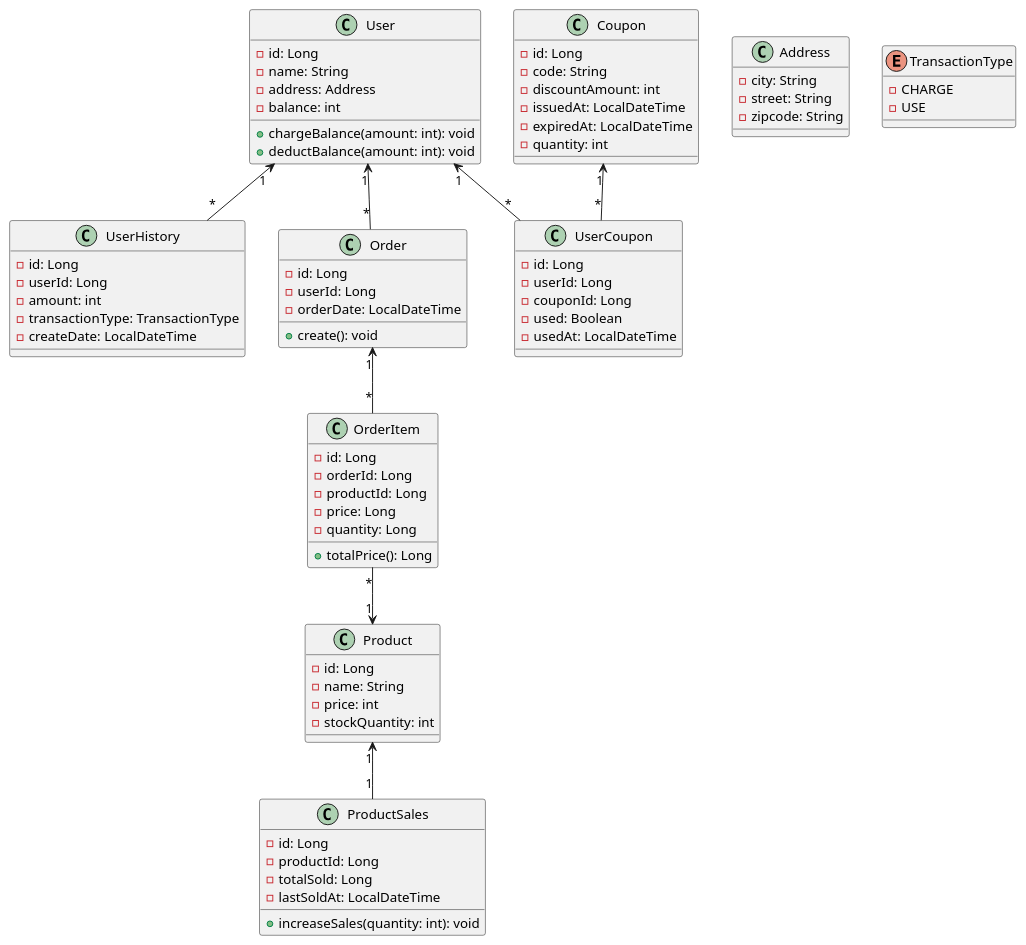
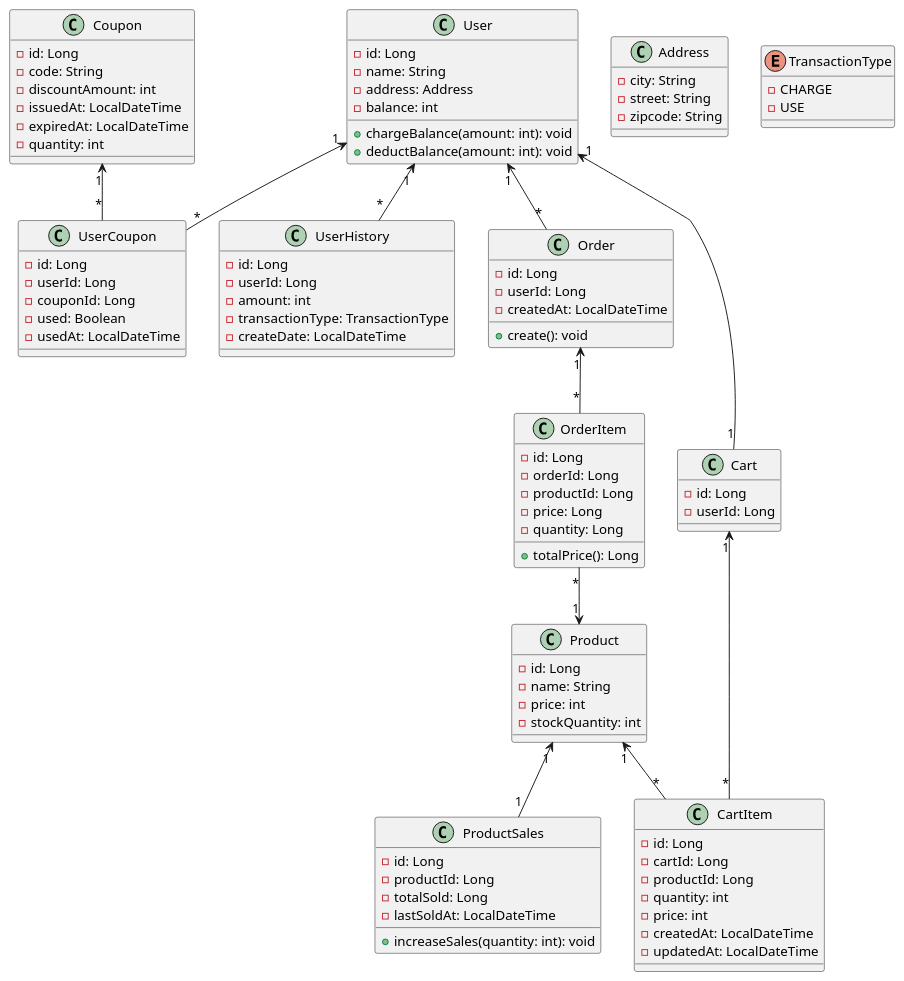
The diagram in docs/erd/erd.puml (honge7694/hdd-server-java), drawn with PlantUML before and after one commit.

Commit message:
ERD 4차 커밋 - Cart, CartItem 추가

```diff
--- a/docs/erd/erd.puml
+++ b/docs/erd/erd.puml
@@ -1,92 +1,110 @@
 @startuml
 
 class User {
     - id: Long
     - name: String
     - address: Address
     - balance: int
     + chargeBalance(amount: int): void
     + deductBalance(amount: int): void
 }
 
 class UserHistory {
     - id: Long
     - userId: Long
     - amount: int
     - transactionType: TransactionType
     - createDate: LocalDateTime
 }
 
 class Address {
     - city: String
     - street: String
     - zipcode: String
 }
 
 enum TransactionType {
     - CHARGE
     - USE
 }
 
 class Coupon {
     - id: Long
     - code: String
     - discountAmount: int
     - issuedAt: LocalDateTime
     - expiredAt: LocalDateTime
     - quantity: int
 }
 
 class UserCoupon {
     - id: Long
     - userId: Long
     - couponId: Long
     - used: Boolean
     - usedAt: LocalDateTime
 }
 
 class Order {
     - id: Long
     - userId: Long
-    - orderDate: LocalDateTime
+    - createdAt: LocalDateTime
     + create(): void
 }
 
 class OrderItem {
     - id: Long
     - orderId: Long
     - productId: Long
     - price: Long
     - quantity: Long
     + totalPrice(): Long
 }
 
 class Product {
     - id: Long
     - name: String
     - price: int
     - stockQuantity: int
 '    - totalSold: int
 '    + increaseSoldCount(quantity: int): void
 }
 
 ' 판매량을 조회를 위해 분리
 class ProductSales {
     - id: Long
     - productId: Long
     - totalSold: Long
     - lastSoldAt: LocalDateTime
     + increaseSales(quantity: int): void
 }
 
+class Cart {
+    - id: Long
+    - userId: Long
+}
+
+class CartItem {
+    - id: Long
+    - cartId: Long
+    - productId: Long
+    - quantity: int
+    - price: int
+    - createdAt: LocalDateTime
+    - updatedAt: LocalDateTime
+}
+
 ' 관계 정의
 User "1" <-- "*" UserHistory
 User "1" <-- "*" UserCoupon
 Coupon "1" <-- "*" UserCoupon
 User "1" <-- "*" Order
 Order "1" <-- "*" OrderItem
 OrderItem "*" --> "1" Product
 Product "1" <-- "1" ProductSales
+User "1" <-- "1" Cart
+Cart "1" <-- "*" CartItem
+Product "1" <-- "*" CartItem
 
 
 @enduml
```
